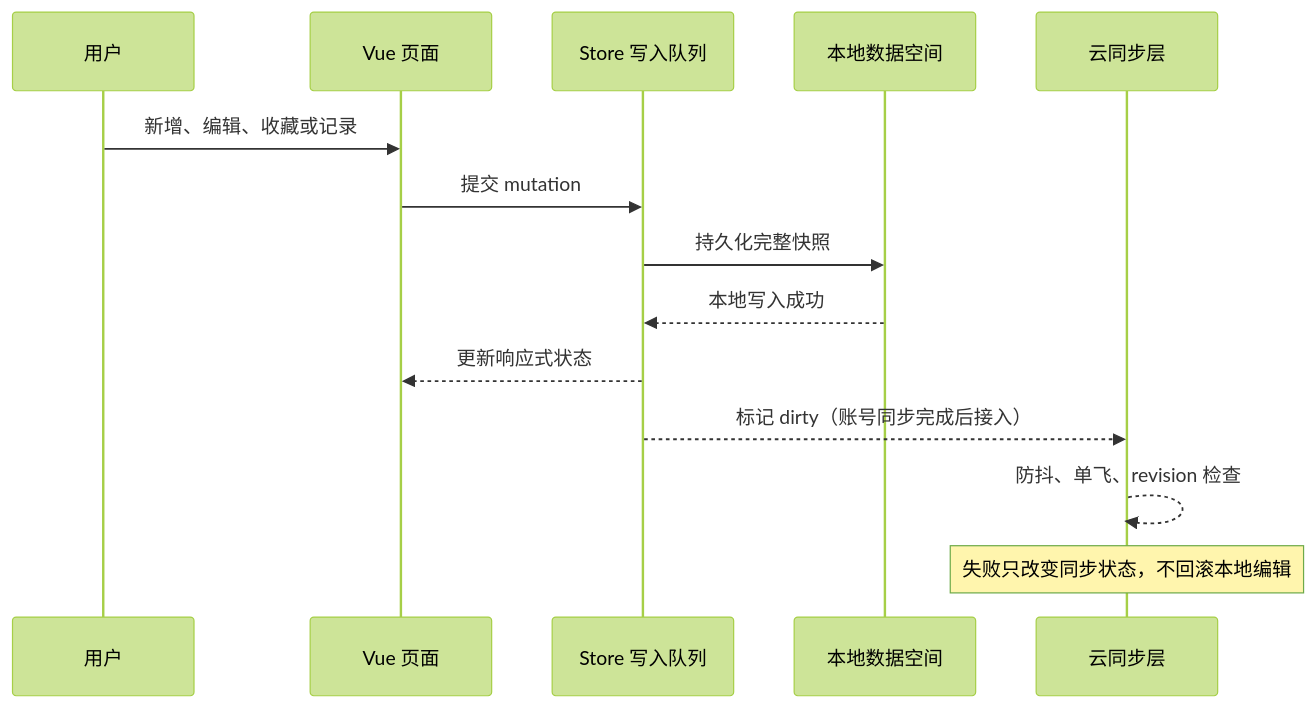
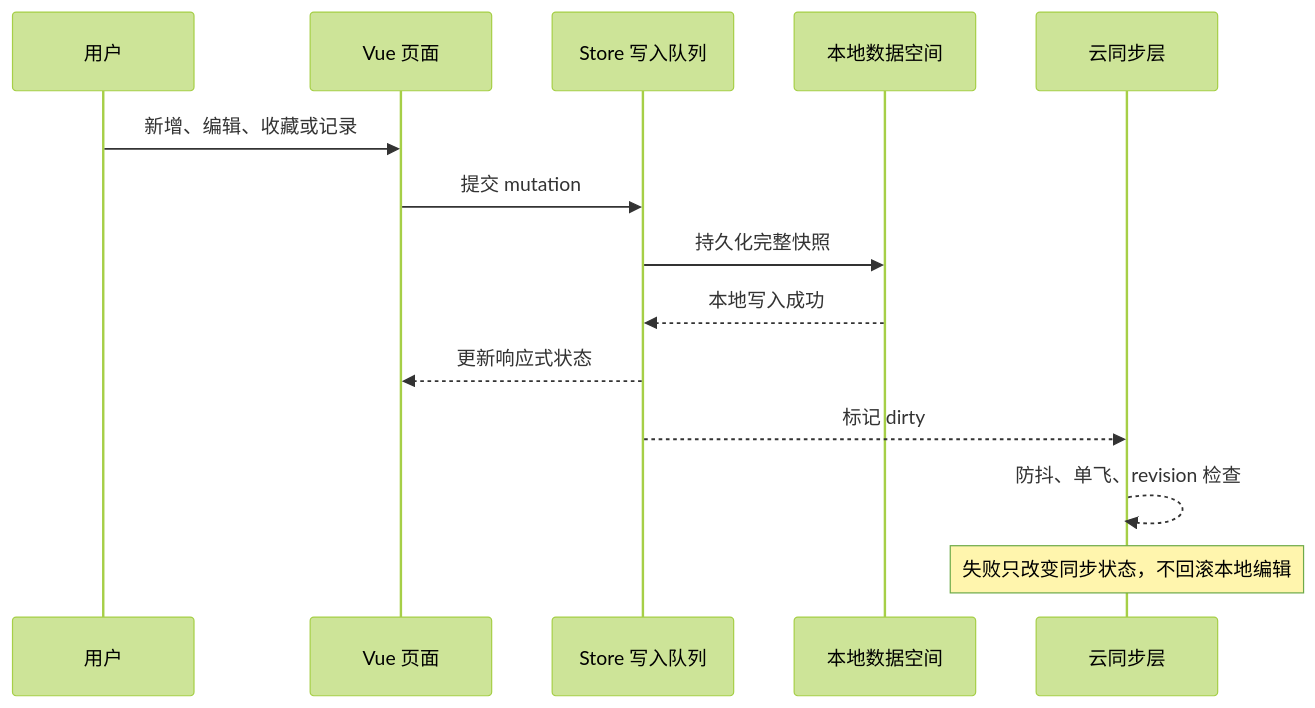
Before and after one commit to dtIsTheBest/panduola: the second of 2 diagrams in docs/潘多拉-Vibe-Coding-全链路项目分享.md, drawn with Mermaid (forest theme). The commit also changed other lines of this file and 23 other files, not shown here.

````diff
--- a/docs/潘多拉-Vibe-Coding-全链路项目分享.md
+++ b/docs/潘多拉-Vibe-Coding-全链路项目分享.md
@@ -127,17 +144,17 @@
 ```mermaid
 sequenceDiagram
     participant U as 用户
     participant UI as Vue 页面
     participant S as Store 写入队列
     participant L as 本地数据空间
     participant C as 云同步层
 
     U->>UI: 新增、编辑、收藏或记录
     UI->>S: 提交 mutation
     S->>L: 持久化完整快照
     L-->>S: 本地写入成功
     S-->>UI: 更新响应式状态
-    S-->>C: 标记 dirty（账号同步完成后接入）
+    S-->>C: 标记 dirty
     C-->>C: 防抖、单飞、revision 检查
     Note over C: 失败只改变同步状态，不回滚本地编辑
 ```
````
